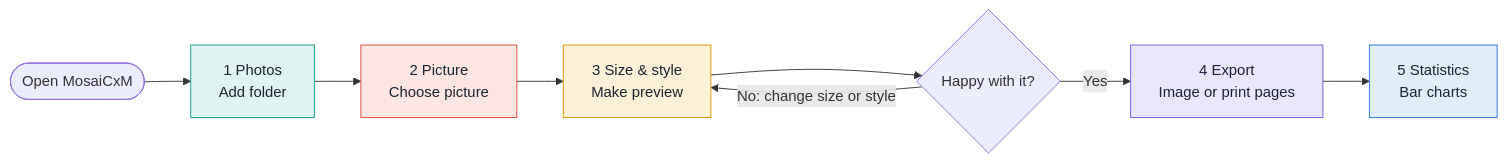
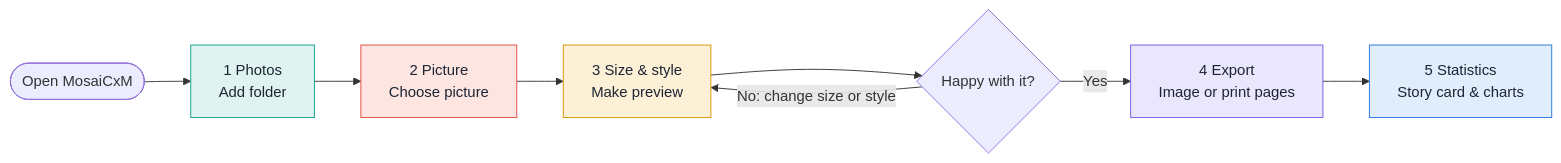
One commit to nhth-mibu/MosaiCxM changed the diagram in README.md. Above: the diagram before and after it, drawn with Mermaid. The commit also changed other lines of this file and 2 other files, not shown here.

Commit message:
Update README and technical docs for v0.10.x features and remove ROADMAP.md (#46)

````diff
--- a/README.md
+++ b/README.md
@@ -33,16 +33,16 @@
 ```mermaid
 flowchart LR
   A([Open MosaiCxM]) --> B["1 Photos<br/>Add folder"]
   B --> C["2 Picture<br/>Choose picture"]
   C --> D["3 Size & style<br/>Make preview"]
   D --> E{Happy with it?}
   E -- "No: change size or style" --> D
   E -- Yes --> F["4 Export<br/>Image or print pages"]
-  F --> G["5 Statistics<br/>Bar charts"]
+  F --> G["5 Statistics<br/>Story card & charts"]
 
   style B fill:#dff4f0,stroke:#0f9d8a,color:#1d2433
   style C fill:#fde5e2,stroke:#e2493d,color:#1d2433
   style D fill:#fcf0d6,stroke:#d99400,color:#1d2433
   style F fill:#e9e6fd,stroke:#6c5ce7,color:#1d2433
   style G fill:#e0eefc,stroke:#2774d9,color:#1d2433
 ```
````
